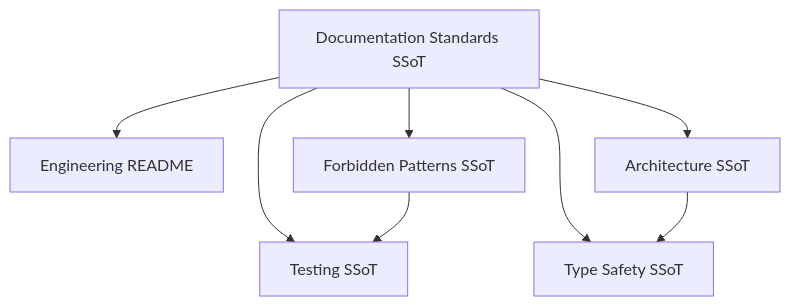
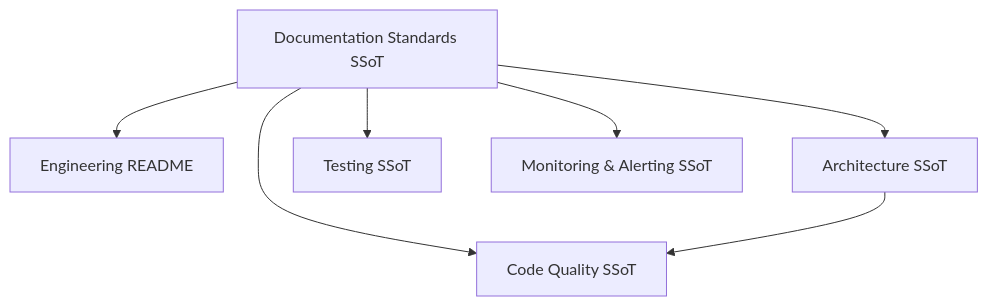
One commit to Tuee22/effectful changed the first of 15 diagrams in documents/engineering/documentation_standards.md. Above: the diagram before and after it, drawn with Mermaid. The commit also changed other lines of this file and 87 other files, not shown here.

````diff
--- a/documents/engineering/documentation_standards.md
+++ b/documents/engineering/documentation_standards.md
@@ -7,17 +7,16 @@
 ```mermaid
 flowchart TB
   Docs[Documentation Standards SSoT]
   EngineeringHub[Engineering README]
-  Forbidden[Forbidden Patterns SSoT]
+  CodeQuality[Code Quality SSoT]
   Architecture[Architecture SSoT]
   Testing[Testing SSoT]
-  TypeSafety[Type Safety SSoT]
+  MonAlert[Monitoring & Alerting SSoT]
 
   Docs --> EngineeringHub
-  Docs --> Forbidden
+  Docs --> CodeQuality
   Docs --> Architecture
   Docs --> Testing
-  Docs --> TypeSafety
-  Forbidden --> Testing
-  Architecture --> TypeSafety
+  Docs --> MonAlert
+  Architecture --> CodeQuality
 ```
````
